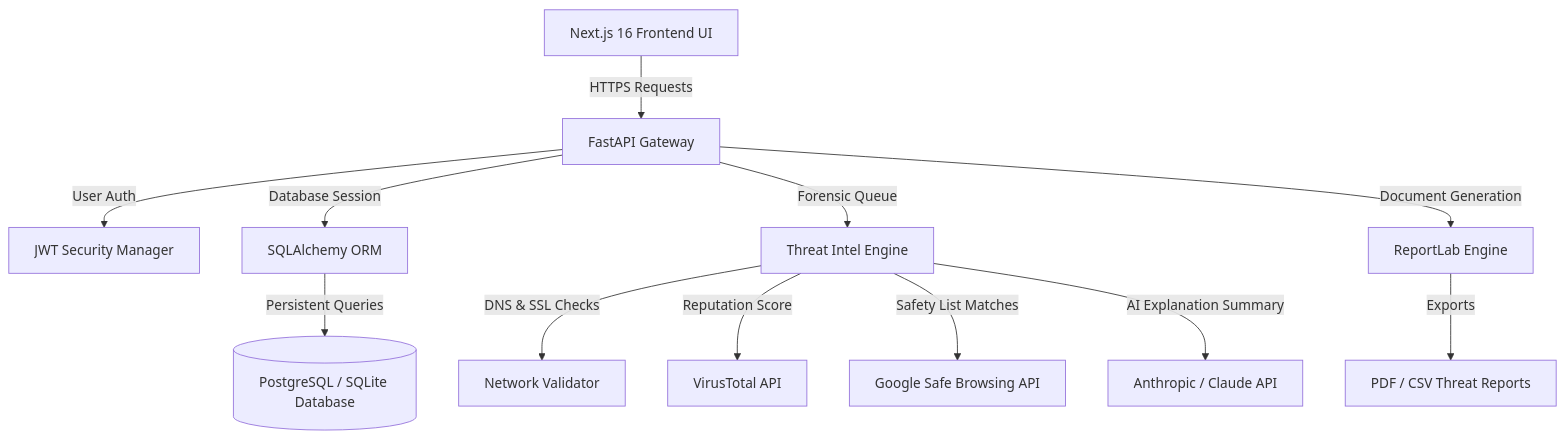
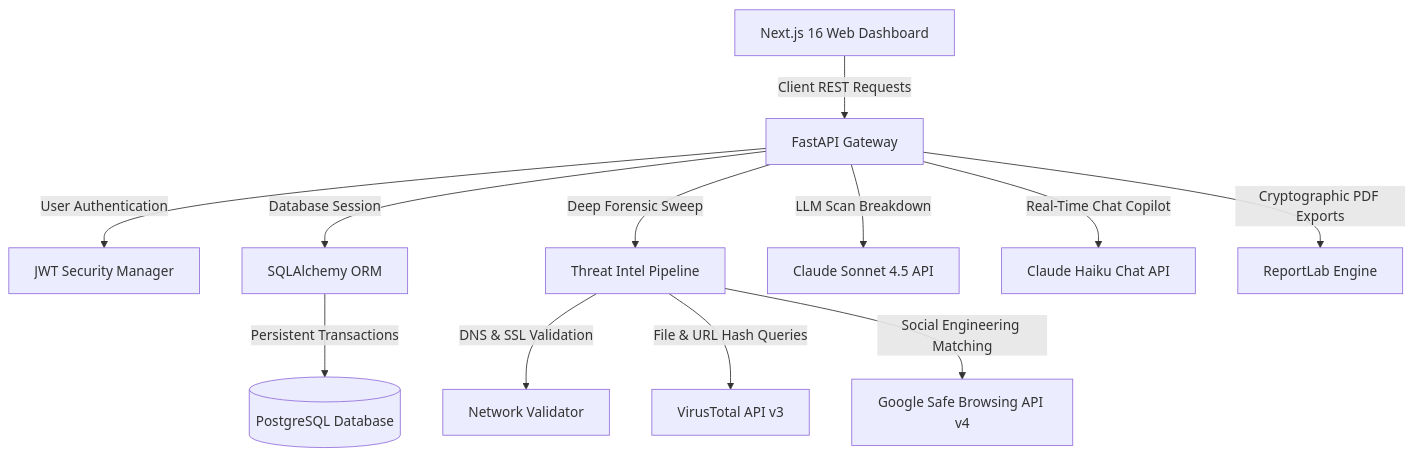
One commit to abhiramvsmg/ai-phishing-detection-platform changed the diagram in README.md. Above: the diagram before and after it, drawn with Mermaid. The commit also changed other lines of this file and 6 other files, not shown here.

Commit message:
Feat: implement fully functional AI Security Copilot powered by Claude, and update README with detailed AI & 3D documentation

````diff
--- a/README.md
+++ b/README.md
@@ -18,16 +11,16 @@
 ```mermaid
 graph TD
-    A[Next.js 16 Frontend UI] -->|HTTPS Requests| B[FastAPI Gateway]
-    B -->|User Auth| C[JWT Security Manager]
+    A[Next.js 16 Web Dashboard] -->|Client REST Requests| B[FastAPI Gateway]
+    B -->|User Authentication| C[JWT Security Manager]
     B -->|Database Session| D[SQLAlchemy ORM]
-    D -->|Persistent Queries| E[(PostgreSQL / SQLite Database)]
+    D -->|Persistent Transactions| E[(PostgreSQL Database)]
     
-    B -->|Forensic Queue| F[Threat Intel Engine]
-    F -->|DNS & SSL Checks| G[Network Validator]
-    F -->|Reputation Score| H[VirusTotal API]
-    F -->|Safety List Matches| I[Google Safe Browsing API]
-    F -->|AI Explanation Summary| J[Anthropic / Claude API]
+    B -->|Deep Forensic Sweep| F[Threat Intel Pipeline]
+    F -->|DNS & SSL Validation| G[Network Validator]
+    F -->|File & URL Hash Queries| H[VirusTotal API v3]
+    F -->|Social Engineering Matching| I[Google Safe Browsing API v4]
     
-    B -->|Document Generation| K[ReportLab Engine]
-    K -->|Exports| L[PDF / CSV Threat Reports]
+    B -->|LLM Scan Breakdown| J[Claude Sonnet 4.5 API]
+    B -->|Real-Time Chat Copilot| K[Claude Haiku Chat API]
+    B -->|Cryptographic PDF Exports| L[ReportLab Engine]
 ```
````
